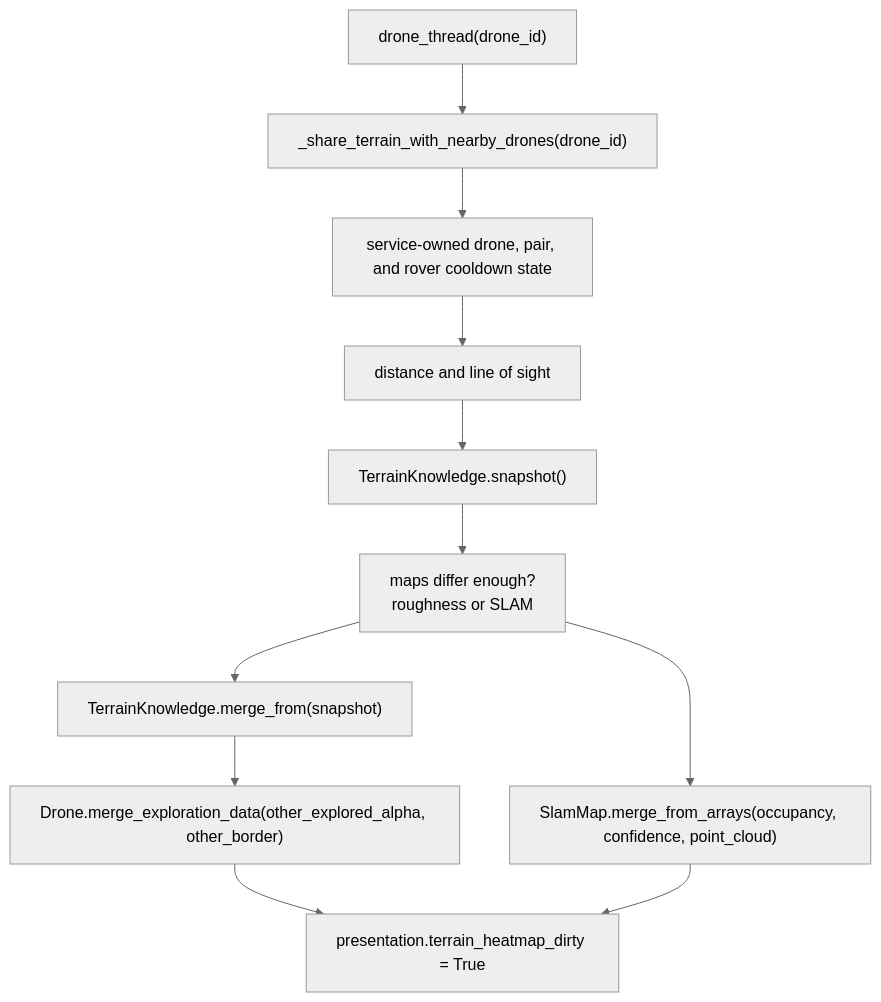
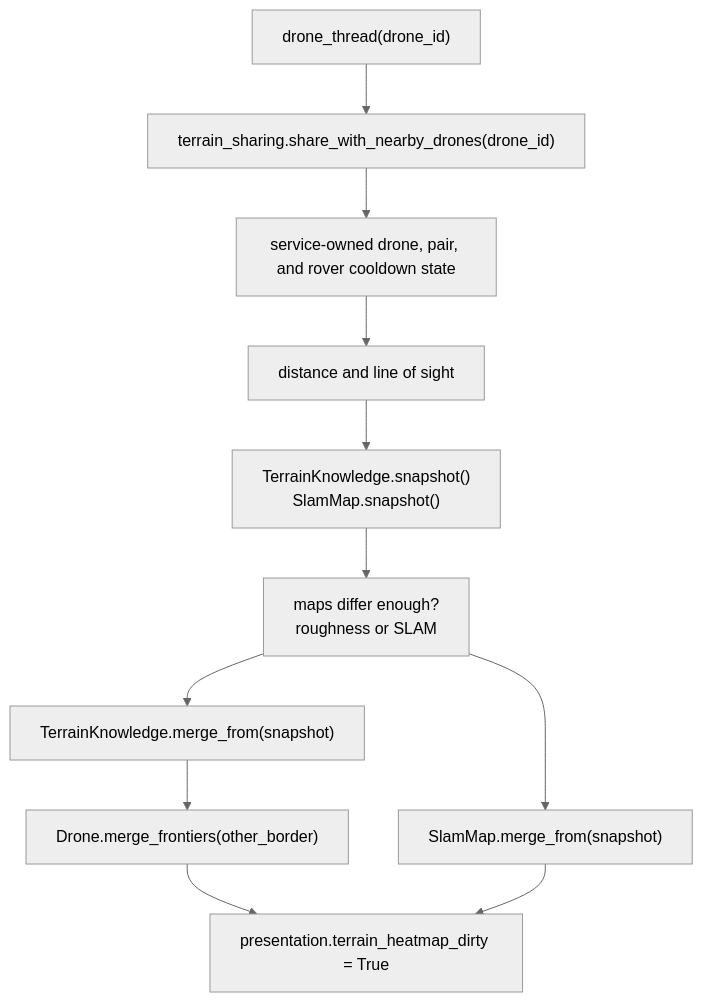
The ninth of 14 diagrams in CODEFLOW.md (Gmark117/Cave_Game), drawn with Mermaid (neutral theme) before and after one commit. The commit also changed other lines of this file and 82 other files, not shown here.

````diff
--- a/CODEFLOW.md
+++ b/CODEFLOW.md
@@ -550,17 +602,17 @@
 ```mermaid
 flowchart TD
     DroneThread["drone_thread(drone_id)"]
-    ShareDrones["_share_terrain_with_nearby_drones(drone_id)"]
+    ShareDrones["terrain_sharing.share_with_nearby_drones(drone_id)"]
     Cooldown["service-owned drone, pair, and rover cooldown state"]
     Proximity["distance and line of sight"]
-    Snapshot["TerrainKnowledge.snapshot()"]
+    Snapshot["TerrainKnowledge.snapshot()<br/>SlamMap.snapshot()"]
     Diff["maps differ enough?<br/>roughness or SLAM"]
     MergeTerrain["TerrainKnowledge.merge_from(snapshot)"]
-    MergeBorder["Drone.merge_exploration_data(other_explored_alpha, other_border)"]
-    MergeSlam["SlamMap.merge_from_arrays(occupancy, confidence, point_cloud)"]
+    MergeBorder["Drone.merge_frontiers(other_border)"]
+    MergeSlam["SlamMap.merge_from(snapshot)"]
     Dirty["presentation.terrain_heatmap_dirty = True"]
 
     DroneThread --> ShareDrones --> Cooldown --> Proximity --> Snapshot --> Diff
     Diff --> MergeTerrain --> MergeBorder --> Dirty
     Diff --> MergeSlam --> Dirty
 ```
````
